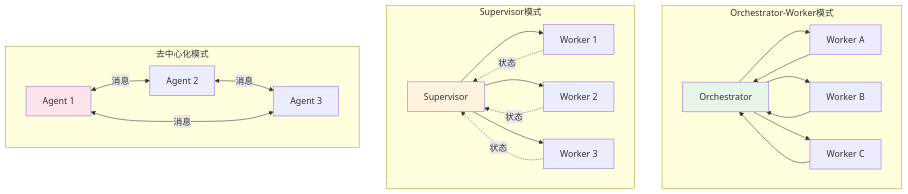
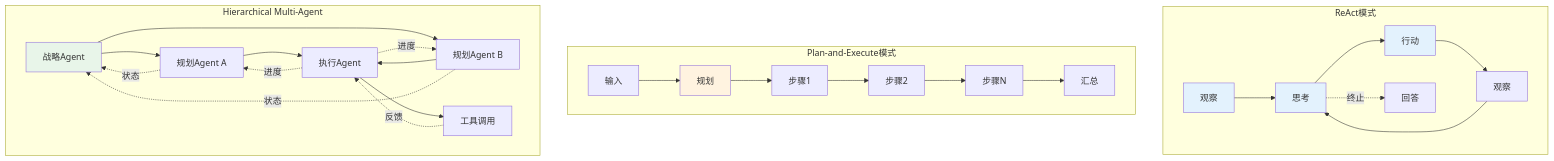
One commit to AdaMartin18010/AnalysisDataFlow changed diagram 16 of 18 in Knowledge/06-frontier/ai-agent-streaming-architecture.md. Above: the diagram before and after it, drawn with Mermaid. The commit also changed other lines of this file and 202 other files, not shown here.

````diff
--- a/Knowledge/06-frontier/ai-agent-streaming-architecture.md
+++ b/Knowledge/06-frontier/ai-agent-streaming-architecture.md
@@ -1272,31 +1462,37 @@
 ```mermaid
 graph TB
-    subgraph "Orchestrator-Worker模式"
-        O1[Orchestrator] --> W1[Worker A]
-        O1 --> W2[Worker B]
-        O1 --> W3[Worker C]
-        W1 --> O1
-        W2 --> O1
-        W3 --> O1
+    subgraph "ReAct模式"
+        R1[观察] --> R2[思考]
+        R2 --> R3[行动]
+        R3 --> R4[观察]
+        R4 --> R2
+        R2 -.->|终止| R5[回答]
     end
 
-    subgraph "Supervisor模式"
-        S[Supervisor]
-        S --> SW1[Worker 1]
-        S --> SW2[Worker 2]
-        S --> SW3[Worker 3]
-        SW1 -.->|状态| S
-        SW2 -.->|状态| S
-        SW3 -.->|状态| S
+    subgraph "Plan-and-Execute模式"
+        P1[输入] --> P2[规划]
+        P2 --> P3[步骤1]
+        P3 --> P4[步骤2]
+        P4 --> P5[步骤N]
+        P5 --> P6[汇总]
     end
 
-    subgraph "去中心化模式"
-        D1[Agent 1] <-->|消息| D2[Agent 2]
-        D2 <-->|消息| D3[Agent 3]
-        D3 <-->|消息| D1
+    subgraph "Hierarchical Multi-Agent"
+        H1[战略Agent] --> H2[规划Agent A]
+        H1 --> H3[规划Agent B]
+        H2 --> H4[执行Agent]
+        H3 --> H4
+        H4 --> H5[工具调用]
+        H5 -.->|反馈| H4
+        H4 -.->|进度| H2
+        H4 -.->|进度| H3
+        H2 -.->|状态| H1
+        H3 -.->|状态| H1
     end
 
-    style O1 fill:#e8f5e9
-    style S fill:#fff3e0
-    style D1 fill:#fce4ec
+    style R1 fill:#e3f2fd
+    style R2 fill:#e3f2fd
+    style R3 fill:#e3f2fd
+    style P2 fill:#fff3e0
+    style H1 fill:#e8f5e9
 ```
````
